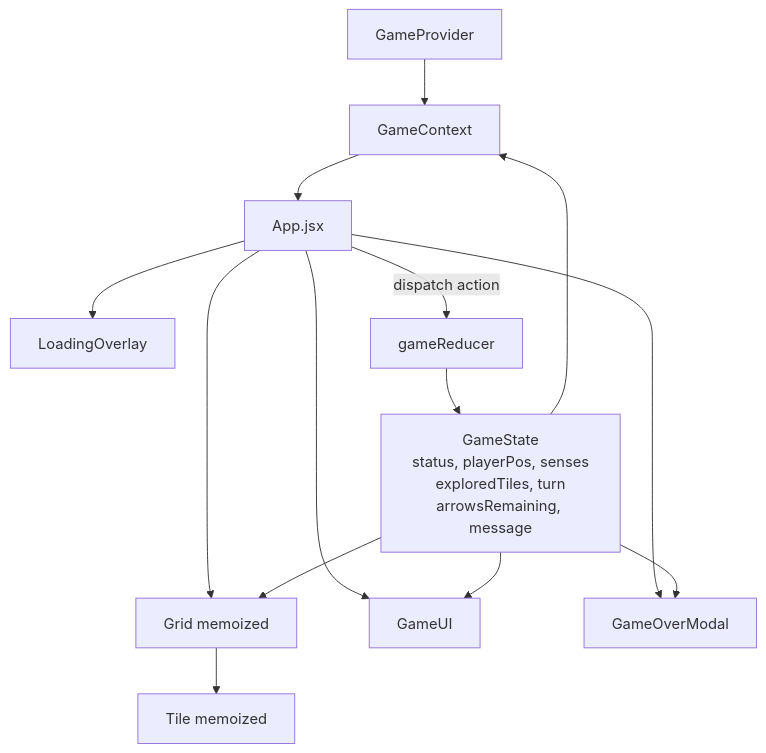
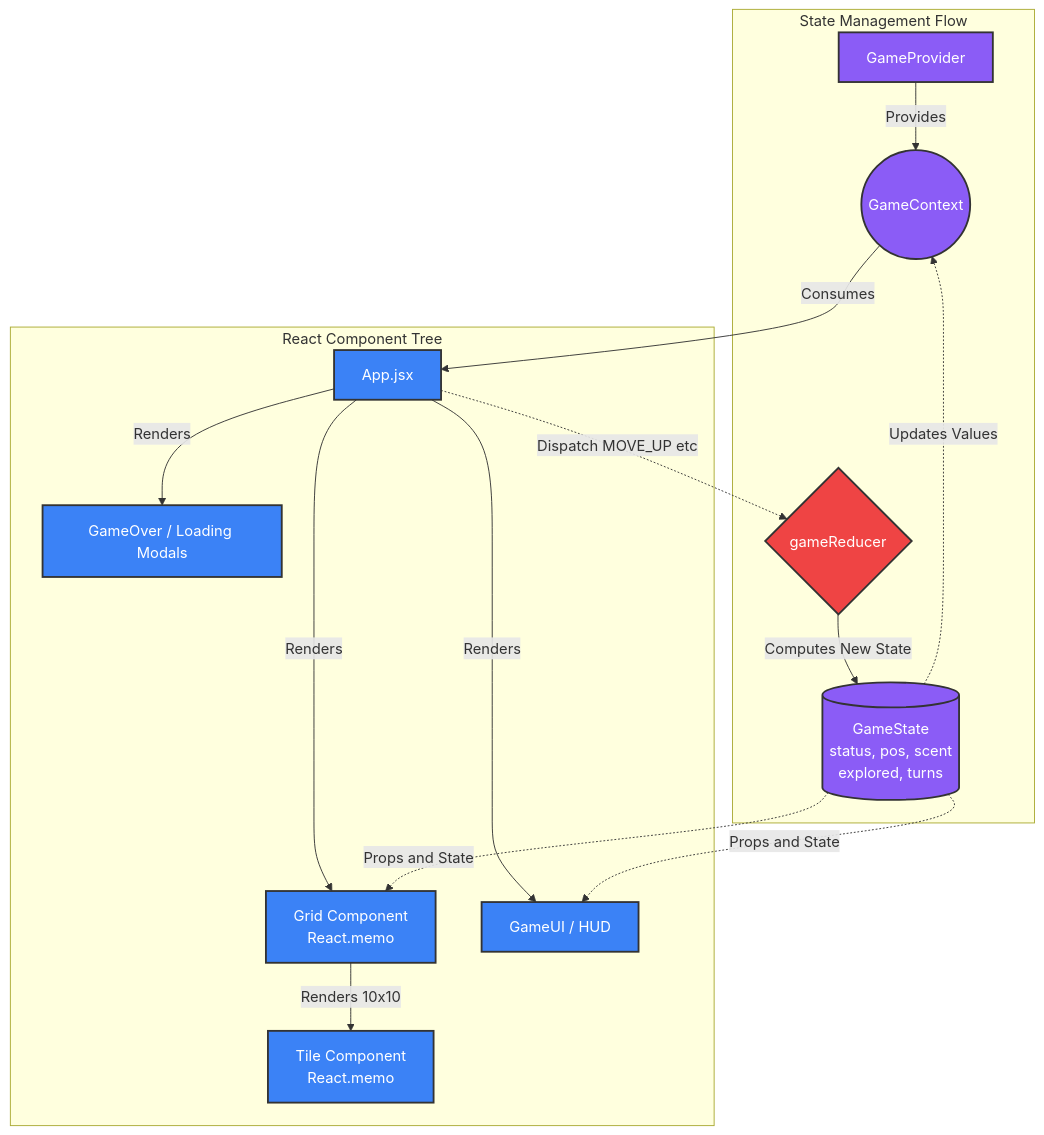
The second of 4 diagrams in TECHNICAL_REPORT.md (Amritesh-878/hunter-wumpus), drawn with Mermaid before and after one commit. The commit also changed other lines of this file, not shown here.

Commit message:
feat(diagrams): update architecture and component relationship diagrams to use Mermaid syntax

````diff
--- a/TECHNICAL_REPORT.md
+++ b/TECHNICAL_REPORT.md
@@ -172,19 +173,43 @@
 ```mermaid
 graph TD
-    Provider[GameProvider] --> Context[GameContext]
-    Context --> App[App.jsx]
+    %% Styling
+    classDef context fill:#8b5cf6,stroke:#333,stroke-width:2px,color:#fff;
+    classDef component fill:#3b82f6,stroke:#333,stroke-width:2px,color:#fff;
+    classDef logic fill:#ef4444,stroke:#333,stroke-width:2px,color:#fff;
 
-    App --> Grid[Grid memoized]
-    Grid --> Tile[Tile memoized]
-    App --> HUD[GameUI]
-    App --> Over[GameOverModal]
-    App --> Load[LoadingOverlay]
+    %% State Management block
+    subgraph State [State Management Flow]
+        Provider[GameProvider]:::context
+        Context((GameContext)):::context
+        Reducer{gameReducer}:::logic
+        GameState[(GameState<br>status, pos, scent<br>explored, turns)]:::context
+    end
 
-    App -->|dispatch action| Reducer[gameReducer]
-    Reducer --> State[GameState\nstatus, playerPos, senses\nexploredTiles, turn\narrowsRemaining, message]
-    State --> Context
+    %% UI Components block
+    subgraph UI [React Component Tree]
+        App[App.jsx]:::component
+        Grid[Grid Component<br>React.memo]:::component
+        Tile[Tile Component<br>React.memo]:::component
+        HUD[GameUI / HUD]:::component
+        Modals[GameOver / Loading Modals]:::component
+    end
 
-    State --> Grid
-    State --> HUD
-    State --> Over
+    %% Initialization and Context passing
+    Provider -->|Provides| Context
+    Context -->|Consumes| App
+
+    %% Render Tree
+    App -->|Renders| Grid
+    Grid -->|Renders 10x10| Tile
+    App -->|Renders| HUD
+    App -->|Renders| Modals
+
+    %% Unidirectional Data Flow
+    App -.->|Dispatch MOVE_UP etc| Reducer
+    Reducer -->|Computes New State| GameState
+    GameState -.->|Updates Values| Context
+
+    %% Visual dependencies
+    GameState -.->|Props and State| Grid
+    GameState -.->|Props and State| HUD
 ```
````
